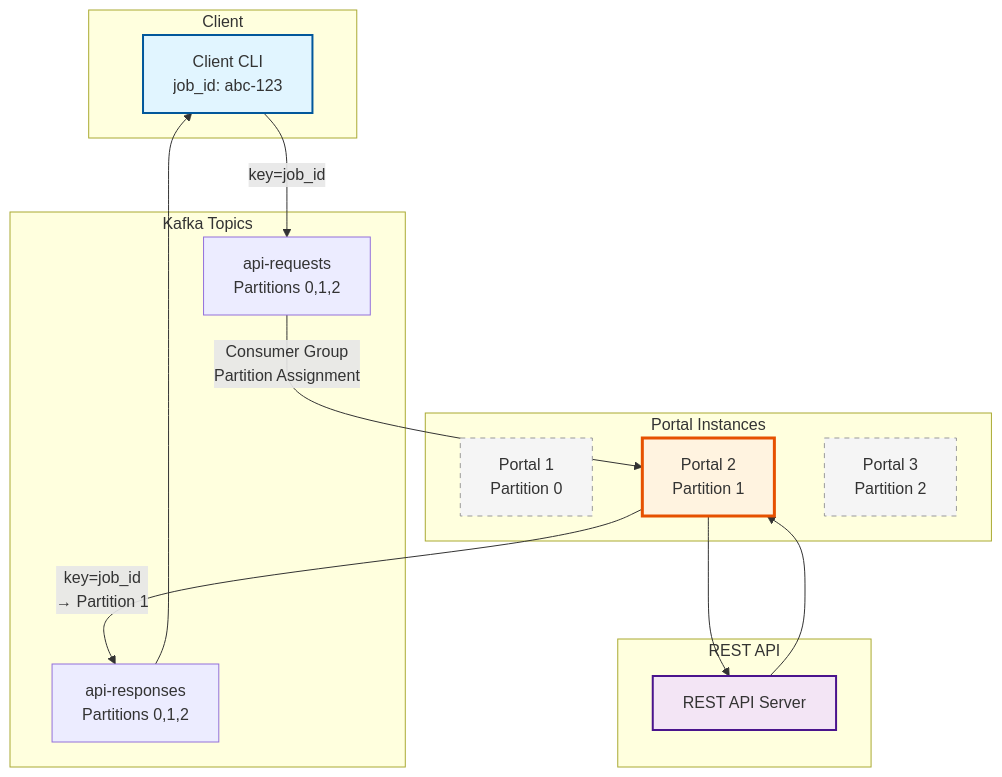
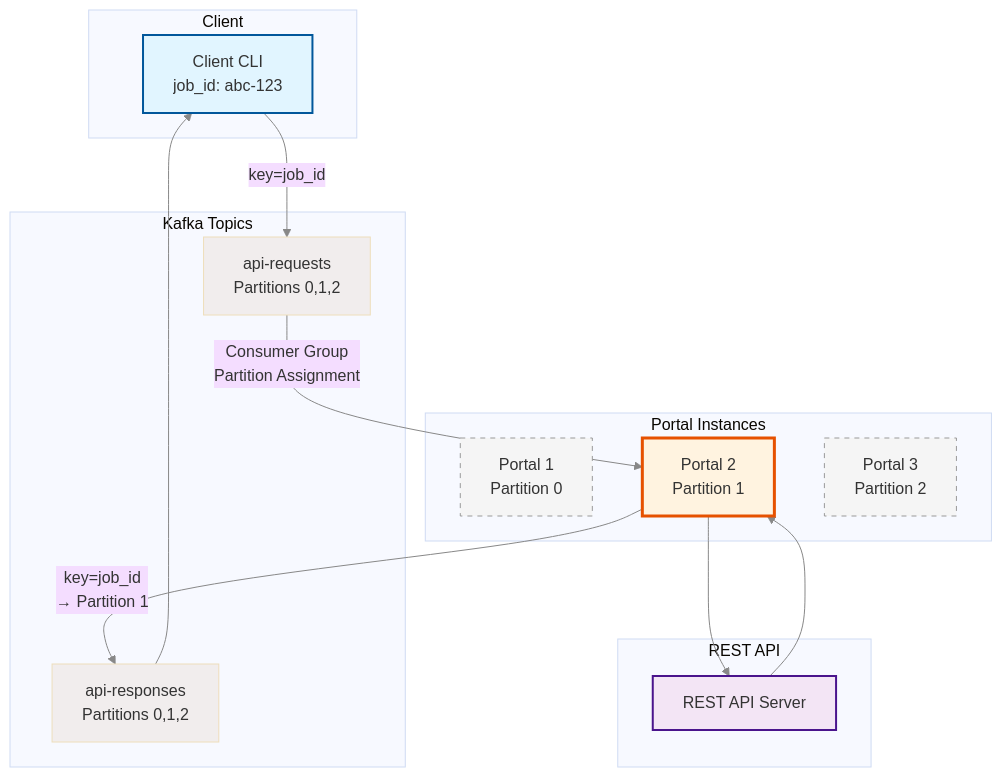
One commit to oshea00/kafkasend changed the fifth of 12 diagrams in PROTOCOL.md. Above: the diagram before and after it, drawn with Mermaid. The commit also changed other lines of this file, not shown here.

Commit message:
mermaid configs

````diff
--- a/PROTOCOL.md
+++ b/PROTOCOL.md
@@ -506,34 +535,44 @@
 ```mermaid
+---
+  config:
+    theme: 'base'
+    themeVariables:
+      darkMode: false
+      lineColor: '#888888'
+      mainBkg: '#f1ededff'
+      textColor: '#888888'
+    
+---
 graph TB
     subgraph "Client"
         C[Client CLI<br/>job_id: abc-123]
     end
 
     subgraph "Kafka Topics"
         KR[api-requests<br/>Partitions 0,1,2]
         KS[api-responses<br/>Partitions 0,1,2]
     end
 
     subgraph "Portal Instances"
         P1[Portal 1<br/>Partition 0]
         P2[Portal 2<br/>Partition 1]
         P3[Portal 3<br/>Partition 2]
     end
 
     subgraph "REST API"
         API[REST API Server]
     end
 
     C -->|key=job_id| KR
     KR -->|Consumer Group<br/>Partition Assignment| P2
     P2 --> API
     API --> P2
     P2 -->|key=job_id<br/>→ Partition 1| KS
     KS --> C
 
     style C fill:#e1f5ff,stroke:#01579b,stroke-width:2px
     style P2 fill:#fff3e0,stroke:#e65100,stroke-width:3px
     style P1 fill:#f5f5f5,stroke:#999,stroke-dasharray: 5 5
     style P3 fill:#f5f5f5,stroke:#999,stroke-dasharray: 5 5
     style API fill:#f3e5f5,stroke:#4a148c,stroke-width:2px
 ```
````
